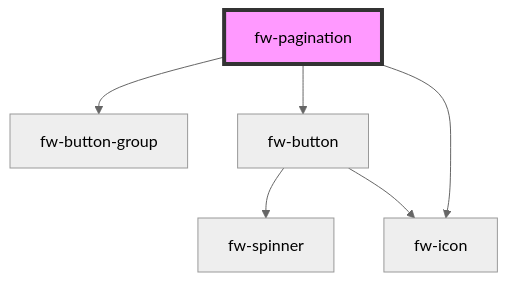
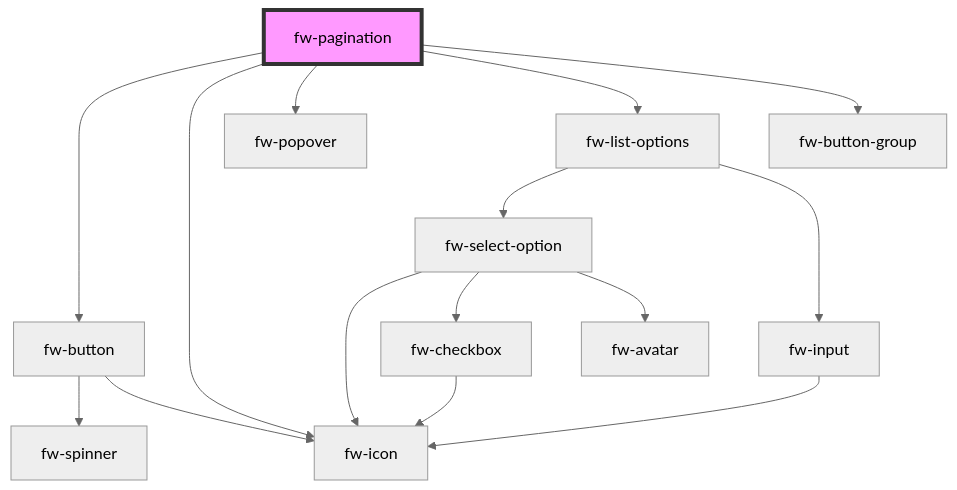
The diagram in packages/crayons-core/src/components/pagination/readme.md (freshworks/crayons), drawn with Mermaid (neutral theme) before and after one commit. The commit also changed other lines of this file and 6 other files, not shown here.

````diff
--- a/packages/crayons-core/src/components/pagination/readme.md
+++ b/packages/crayons-core/src/components/pagination/readme.md
@@ -101,9 +107,18 @@
 ```mermaid
 graph TD;
-  fw-pagination --> fw-button-group
   fw-pagination --> fw-button
   fw-pagination --> fw-icon
+  fw-pagination --> fw-popover
+  fw-pagination --> fw-list-options
+  fw-pagination --> fw-button-group
   fw-button --> fw-spinner
   fw-button --> fw-icon
+  fw-list-options --> fw-select-option
+  fw-list-options --> fw-input
+  fw-select-option --> fw-icon
+  fw-select-option --> fw-checkbox
+  fw-select-option --> fw-avatar
+  fw-checkbox --> fw-icon
+  fw-input --> fw-icon
   style fw-pagination fill:#f9f,stroke:#333,stroke-width:4px
 ```
````
